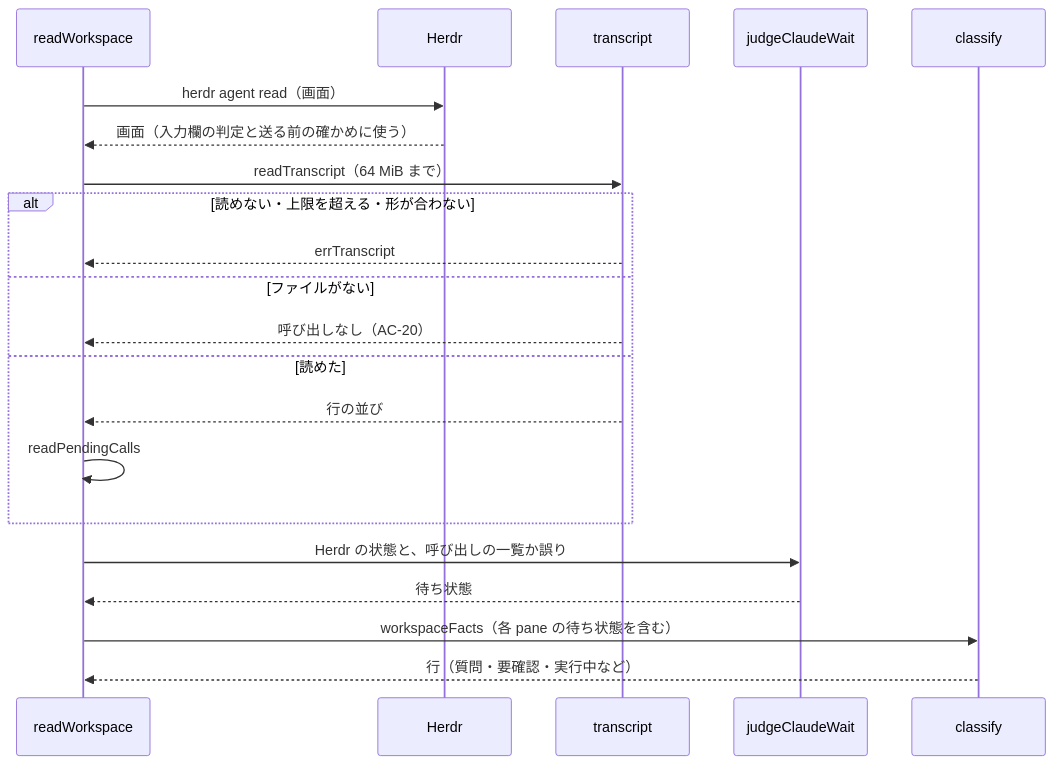
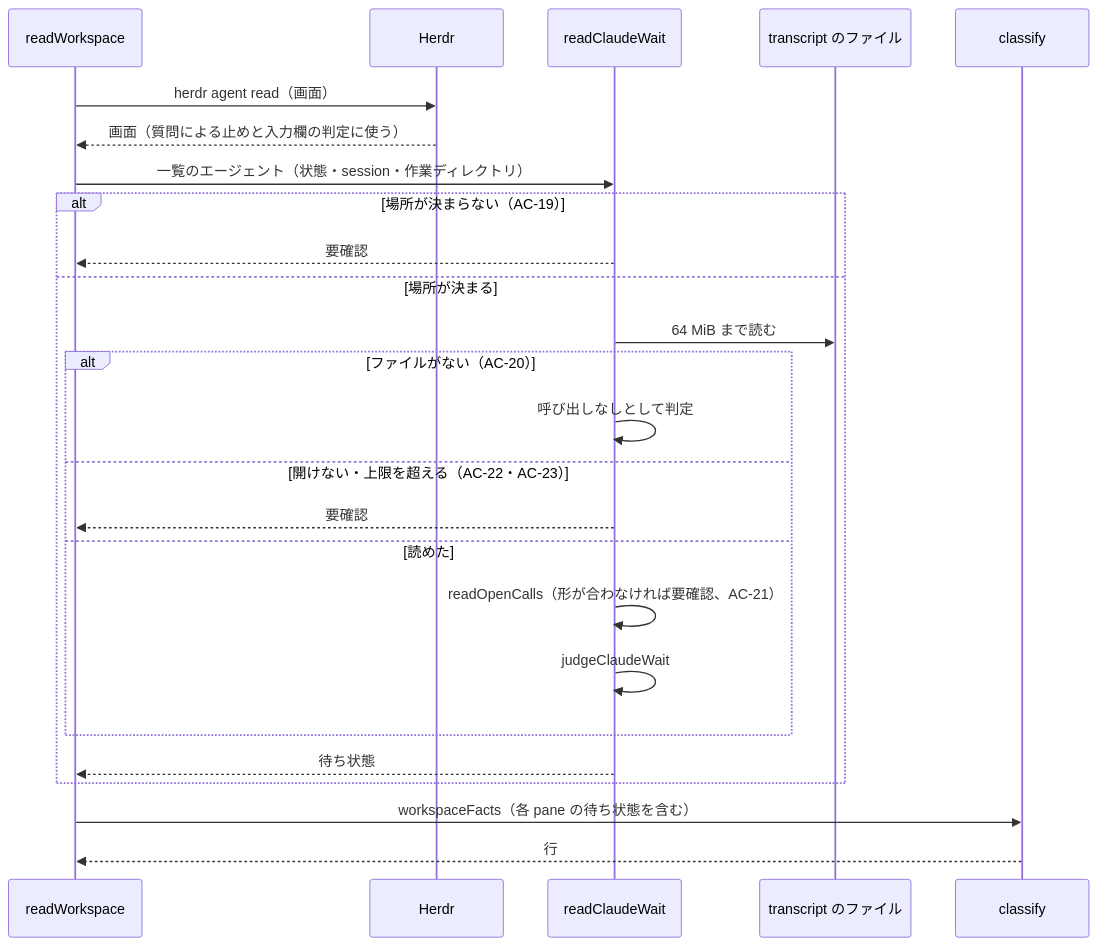
The third of 7 diagrams in docs/tasks/0096_chief_question_transcript/02_architecture.md (isseis/yt2column), drawn with Mermaid before and after one commit. The commit also changed other lines of this file, not shown here.

First line of the commit message:
docs(0096): address the architecture review and Japanese prose findings

````diff
--- a/docs/tasks/0096_chief_question_transcript/02_architecture.md
+++ b/docs/tasks/0096_chief_question_transcript/02_architecture.md
@@ -167,24 +172,28 @@
 ```mermaid
 sequenceDiagram
     participant R as readWorkspace
     participant H as Herdr
-    participant T as transcript
-    participant J as judgeClaudeWait
+    participant W as readClaudeWait
+    participant F as transcript のファイル
     participant C as classify
 
     R->>H: herdr agent read（画面）
-    H-->>R: 画面（入力欄の判定と送る前の確かめに使う）
-    R->>T: readTranscript（64 MiB まで）
-    alt 読めない・上限を超える・形が合わない
-        T-->>R: errTranscript
-    else ファイルがない
-        T-->>R: 呼び出しなし（AC-20）
-    else 読めた
-        T-->>R: 行の並び
-        R->>R: readPendingCalls
+    H-->>R: 画面（質問による止めと入力欄の判定に使う）
+    R->>W: 一覧のエージェント（状態・session・作業ディレクトリ）
+    alt 場所が決まらない（AC-19）
+        W-->>R: 要確認
+    else 場所が決まる
+        W->>F: 64 MiB まで読む
+        alt ファイルがない（AC-20）
+            W->>W: 呼び出しなしとして判定
+        else 開けない・上限を超える（AC-22・AC-23）
+            W-->>R: 要確認
+        else 読めた
+            W->>W: readOpenCalls（形が合わなければ要確認、AC-21）
+            W->>W: judgeClaudeWait
+        end
+        W-->>R: 待ち状態
     end
-    R->>J: Herdr の状態と、呼び出しの一覧か誤り
-    J-->>R: 待ち状態
     R->>C: workspaceFacts（各 pane の待ち状態を含む）
-    C-->>R: 行（質問・要確認・実行中など）
+    C-->>R: 行
 ```
````
